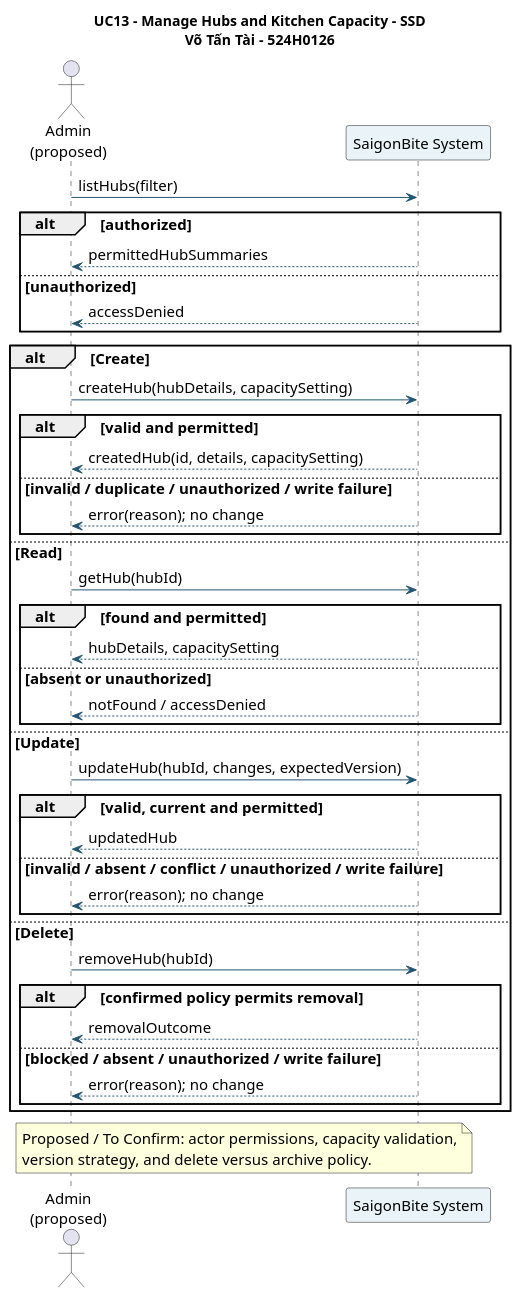
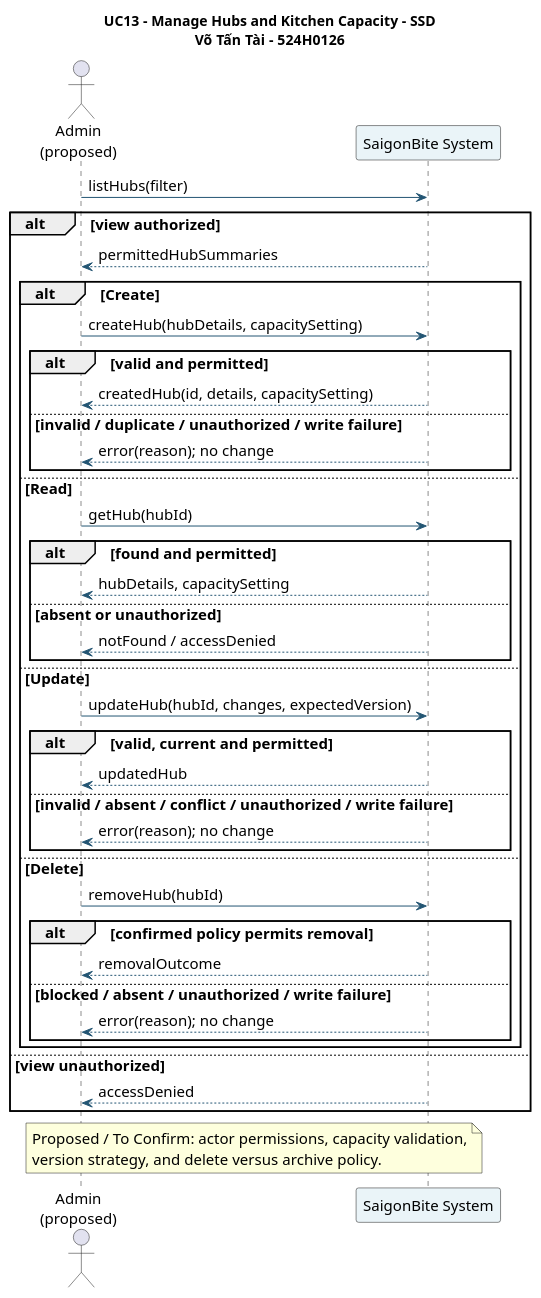
One commit to minhthanhle2309/SaigonBite-RAD changed the diagram in docs/sprint1/UC13_ManageHubs/diagrams/13-ssd.puml. Above: the diagram before and after it, drawn with PlantUML. The commit also changed 14 other files, not shown here.

```diff
--- a/docs/sprint1/UC13_ManageHubs/diagrams/13-ssd.puml
+++ b/docs/sprint1/UC13_ManageHubs/diagrams/13-ssd.puml
@@ -1,53 +1,52 @@
 @startuml
 skinparam backgroundColor #FFFFFF
 skinparam defaultFontName Arial
 skinparam defaultFontSize 15
 skinparam shadowing false
 skinparam ArrowColor #235573
 skinparam sequenceParticipantBackgroundColor #EAF4F8
 title UC13 - Manage Hubs and Kitchen Capacity - SSD\nVõ Tấn Tài - 524H0126
 actor "Admin\n(proposed)" as Admin
 participant "SaigonBite System" as System
 
 Admin -> System: listHubs(filter)
-alt authorized
+alt view authorized
   System --> Admin: permittedHubSummaries
-else unauthorized
+  alt Create
+    Admin -> System: createHub(hubDetails, capacitySetting)
+    alt valid and permitted
+      System --> Admin: createdHub(id, details, capacitySetting)
+    else invalid / duplicate / unauthorized / write failure
+      System --> Admin: error(reason); no change
+    end
+  else Read
+    Admin -> System: getHub(hubId)
+    alt found and permitted
+      System --> Admin: hubDetails, capacitySetting
+    else absent or unauthorized
+      System --> Admin: notFound / accessDenied
+    end
+  else Update
+    Admin -> System: updateHub(hubId, changes, expectedVersion)
+    alt valid, current and permitted
+      System --> Admin: updatedHub
+    else invalid / absent / conflict / unauthorized / write failure
+      System --> Admin: error(reason); no change
+    end
+  else Delete
+    Admin -> System: removeHub(hubId)
+    alt confirmed policy permits removal
+      System --> Admin: removalOutcome
+    else blocked / absent / unauthorized / write failure
+      System --> Admin: error(reason); no change
+    end
+  end
+else view unauthorized
   System --> Admin: accessDenied
-end
-
-alt Create
-  Admin -> System: createHub(hubDetails, capacitySetting)
-  alt valid and permitted
-    System --> Admin: createdHub(id, details, capacitySetting)
-  else invalid / duplicate / unauthorized / write failure
-    System --> Admin: error(reason); no change
-  end
-else Read
-  Admin -> System: getHub(hubId)
-  alt found and permitted
-    System --> Admin: hubDetails, capacitySetting
-  else absent or unauthorized
-    System --> Admin: notFound / accessDenied
-  end
-else Update
-  Admin -> System: updateHub(hubId, changes, expectedVersion)
-  alt valid, current and permitted
-    System --> Admin: updatedHub
-  else invalid / absent / conflict / unauthorized / write failure
-    System --> Admin: error(reason); no change
-  end
-else Delete
-  Admin -> System: removeHub(hubId)
-  alt confirmed policy permits removal
-    System --> Admin: removalOutcome
-  else blocked / absent / unauthorized / write failure
-    System --> Admin: error(reason); no change
-  end
 end
 
 note over Admin,System
   Proposed / To Confirm: actor permissions, capacity validation,
   version strategy, and delete versus archive policy.
 end note
 @enduml
```
